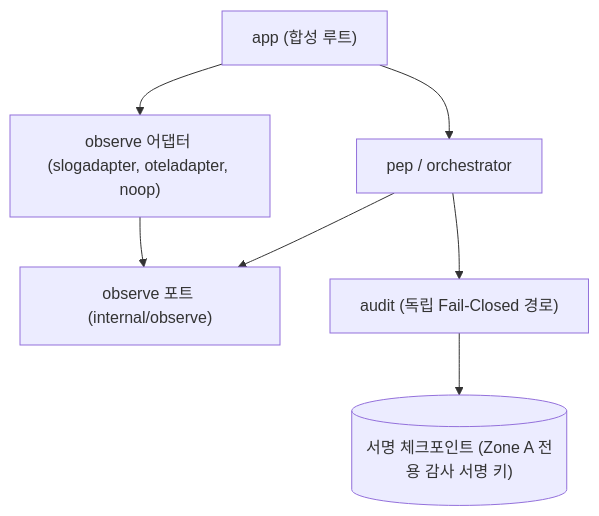
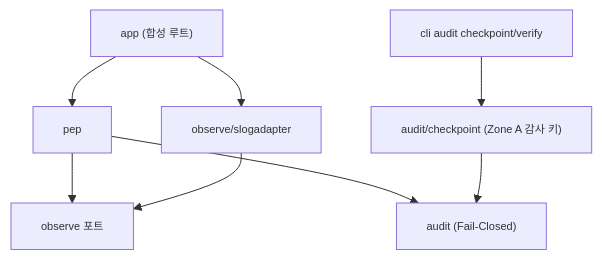
The diagram in docs/로드맵/14-감사-확장-및-관측성-포트/ROADMAP.md (RadiantCitron/authz-harness), drawn with Mermaid before and after one commit. The commit also changed other lines of this file and 10 other files, not shown here.

First line of the commit message:
docs(roadmap-14): 023 보고서 — 구조 결함 O-1~O-15 검증 및 010~080 교정

````diff
--- a/docs/로드맵/14-감사-확장-및-관측성-포트/ROADMAP.md
+++ b/docs/로드맵/14-감사-확장-및-관측성-포트/ROADMAP.md
@@ -18,9 +18,11 @@
 ```mermaid
+%%{init: {'themeVariables': {'fontSize': '11px'}}}%%
 flowchart TD
-  A["app (합성 루트)"] --> B["pep / orchestrator"]
-  A --> C["observe 어댑터 (slogadapter, oteladapter, noop)"]
-  B --> D["observe 포트 (internal/observe)"]
+  A["app (합성 루트)"] --> B["pep"]
+  A --> C["observe/slogadapter"]
+  B --> D["observe 포트"]
   C --> D
-  B --> E["audit (독립 Fail-Closed 경로)"]
-  E --> K[("서명 체크포인트 (Zone A 전용 감사 서명 키)")]
+  B --> E["audit (Fail-Closed)"]
+  F["cli audit checkpoint/verify"] --> G["audit/checkpoint (Zone A 감사 키)"]
+  G --> E
 ```
````
